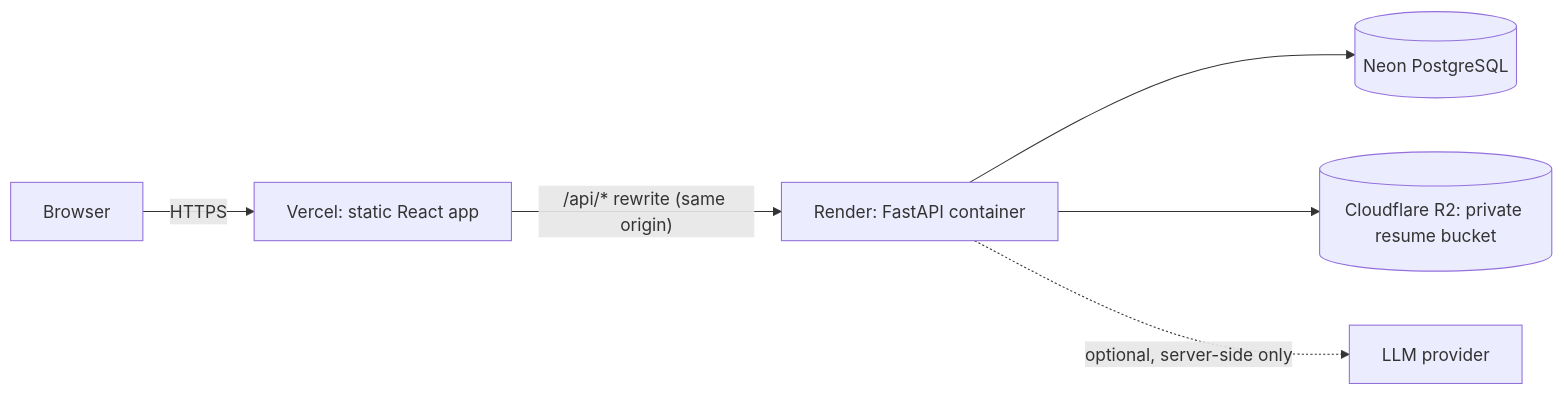
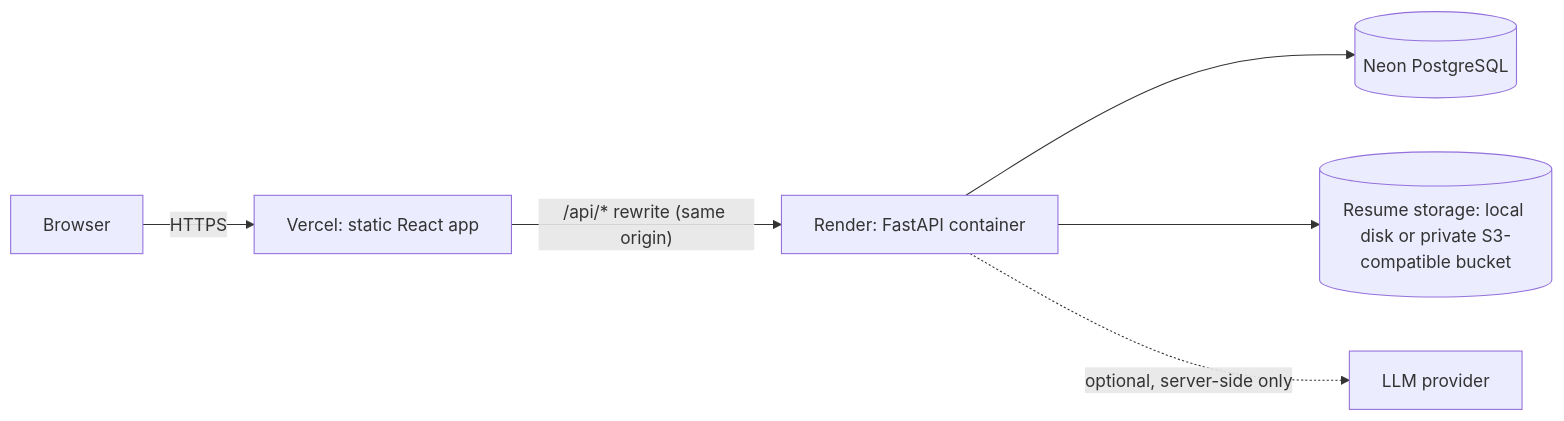
The first of 2 diagrams in README.md (shatakshi-1404/hireflow-ai-ats), drawn with Mermaid before and after one commit. The commit also changed other lines of this file, not shown here.

````diff
--- a/README.md
+++ b/README.md
@@ -41,8 +75,8 @@
 ```mermaid
 flowchart LR
   B[Browser] -->|HTTPS| V[Vercel: static React app]
   V -->|"/api/* rewrite (same origin)"| R[Render: FastAPI container]
   R --> N[(Neon PostgreSQL)]
-  R --> S[(Cloudflare R2: private resume bucket)]
+  R --> S[(Resume storage: local disk or private S3-compatible bucket)]
   R -.->|optional, server-side only| L[LLM provider]
 ```
````
